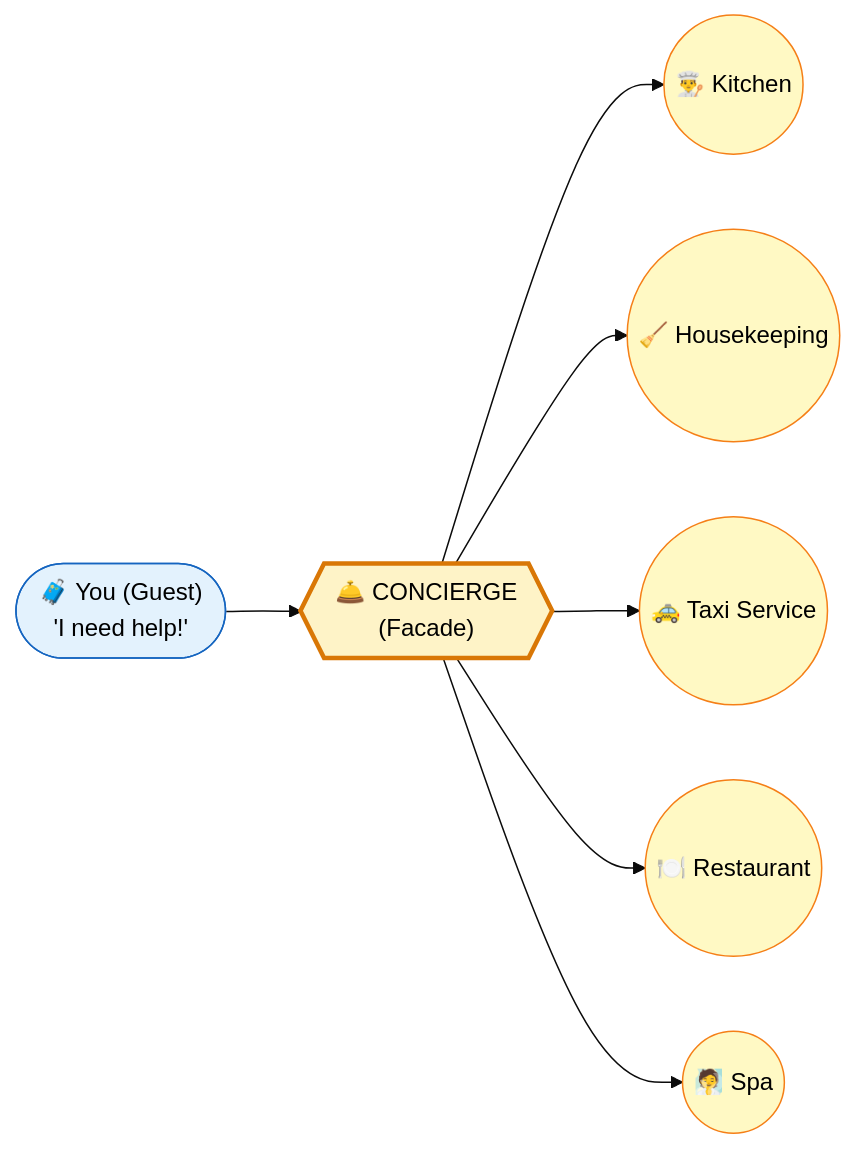
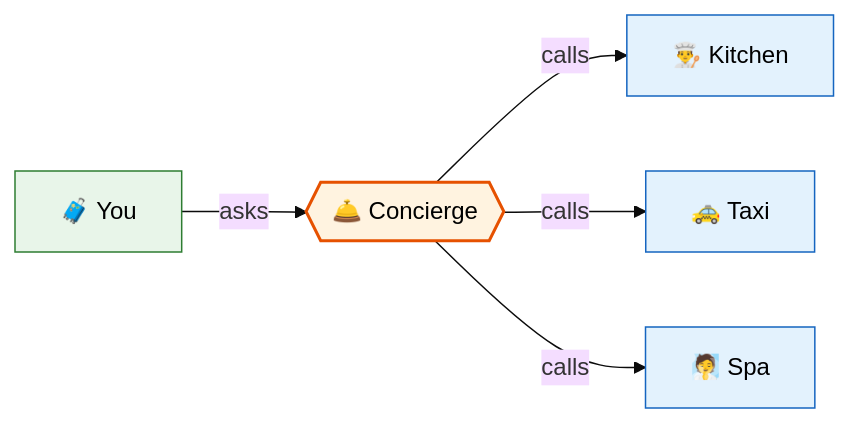
Before and after one commit to saivamsikaruturi/vamsilabs-dev-notes-main: the first of 3 diagrams in docs/designpatterns/structuralDesignPatterns/facadedesignpattern.md, drawn with Mermaid (base theme). The commit also changed other lines of this file and 42 other files, not shown here.

````diff
--- a/docs/designpatterns/structuralDesignPatterns/facadedesignpattern.md
+++ b/docs/designpatterns/structuralDesignPatterns/facadedesignpattern.md
@@ -12,17 +12,13 @@
 ```mermaid
 flowchart LR
-    You(["🧳 You (Guest)<br/>'I need help!'"]) --> C{{"🛎️ CONCIERGE<br/>(Facade)"}}
-    C --> K(("👨‍🍳 Kitchen"))
-    C --> H(("🧹 Housekeeping"))
-    C --> T(("🚕 Taxi Service"))
-    C --> R(("🍽️ Restaurant"))
-    C --> S(("🧖 Spa"))
-    
-    style You fill:#E3F2FD,stroke:#1565C0,color:#000
-    style C fill:#FEF3C7,stroke:#D97706,stroke-width:3px,color:#000
-    style K fill:#FFF9C4,stroke:#F57F17,color:#000
-    style H fill:#FFF9C4,stroke:#F57F17,color:#000
-    style T fill:#FFF9C4,stroke:#F57F17,color:#000
-    style R fill:#FFF9C4,stroke:#F57F17,color:#000
-    style S fill:#FFF9C4,stroke:#F57F17,color:#000
+    You["🧳 You"] -->|"asks"| C{{"🛎️ Concierge"}}
+    C -->|"calls"| K["👨‍🍳 Kitchen"]
+    C -->|"calls"| T["🚕 Taxi"]
+    C -->|"calls"| S["🧖 Spa"]
+
+    style You fill:#E8F5E9,stroke:#2E7D32,color:#000
+    style C fill:#FFF3E0,stroke:#E65100,stroke-width:2px,color:#000
+    style K fill:#E3F2FD,stroke:#1565C0,color:#000
+    style T fill:#E3F2FD,stroke:#1565C0,color:#000
+    style S fill:#E3F2FD,stroke:#1565C0,color:#000
 ```
````
